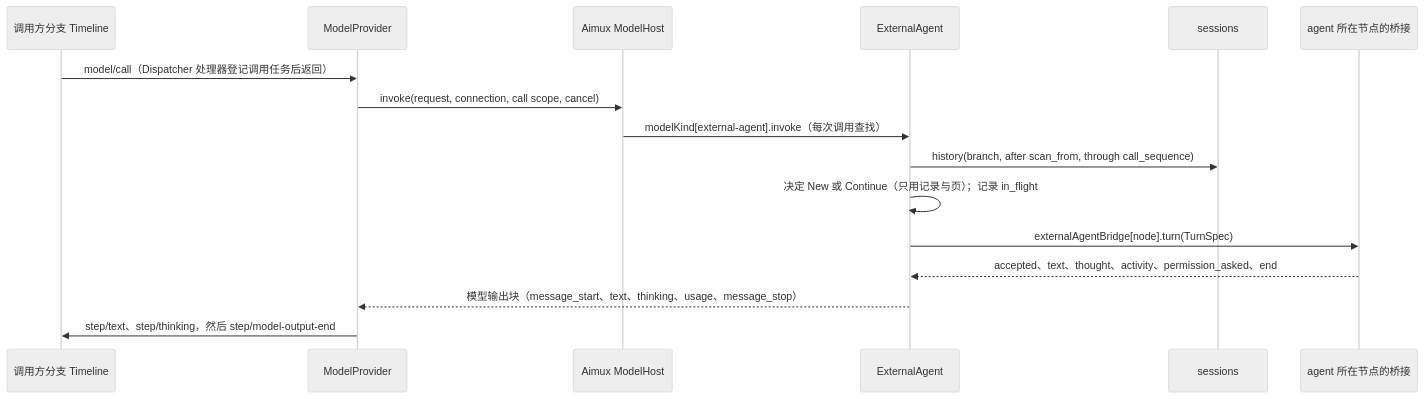
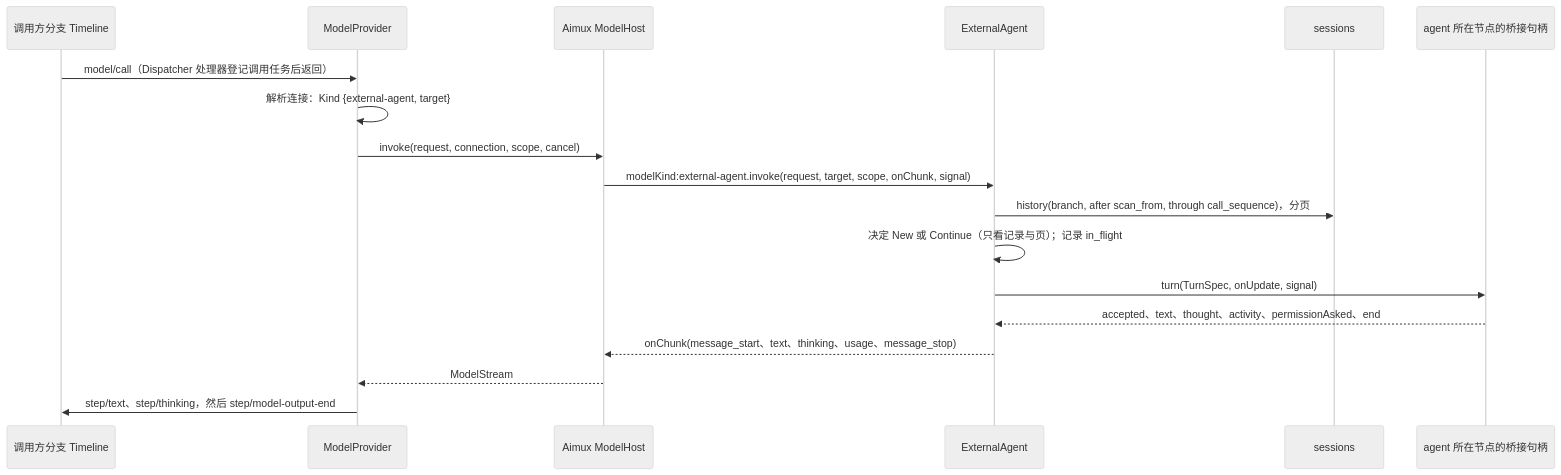
The third of 5 diagrams in docs/zh/design/plugins/ExternalAgent.md (CoutinhoTTS/dim-agent), drawn with Mermaid (neutral theme) before and after one commit. The commit also changed other lines of this file and 7 other files, not shown here.

First line of the commit message:
docs(external-agent): bring ExternalAgent design to a Ready candidate

````diff
--- a/docs/zh/design/plugins/ExternalAgent.md
+++ b/docs/zh/design/plugins/ExternalAgent.md
@@ -166,18 +183,20 @@
 ```mermaid
 sequenceDiagram
   participant TL as 调用方分支 Timeline
   participant MP as ModelProvider
   participant MH as Aimux ModelHost
   participant EA as ExternalAgent
   participant SA as sessions
-  participant BR as agent 所在节点的桥接
+  participant BR as agent 所在节点的桥接句柄
   TL->>MP: model/call（Dispatcher 处理器登记调用任务后返回）
-  MP->>MH: invoke(request, connection, call scope, cancel)
-  MH->>EA: modelKind[external-agent].invoke（每次调用查找）
-  EA->>SA: history(branch, after scan_from, through call_sequence)
-  EA->>EA: 决定 New 或 Continue（只用记录与页）；记录 in_flight
-  EA->>BR: externalAgentBridge[node].turn(TurnSpec)
-  BR-->>EA: accepted、text、thought、activity、permission_asked、end
-  EA-->>MP: 模型输出块（message_start、text、thinking、usage、message_stop）
+  MP->>MP: 解析连接：Kind {external-agent, target}
+  MP->>MH: invoke(request, connection, scope, cancel)
+  MH->>EA: modelKind:external-agent.invoke(request, target, scope, onChunk, signal)
+  EA->>SA: history(branch, after scan_from, through call_sequence)，分页
+  EA->>EA: 决定 New 或 Continue（只看记录与页）；记录 in_flight
+  EA->>BR: turn(TurnSpec, onUpdate, signal)
+  BR-->>EA: accepted、text、thought、activity、permissionAsked、end
+  EA-->>MH: onChunk(message_start、text、thinking、usage、message_stop)
+  MH-->>MP: ModelStream
   MP->>TL: step/text、step/thinking，然后 step/model-output-end
 ```
````
